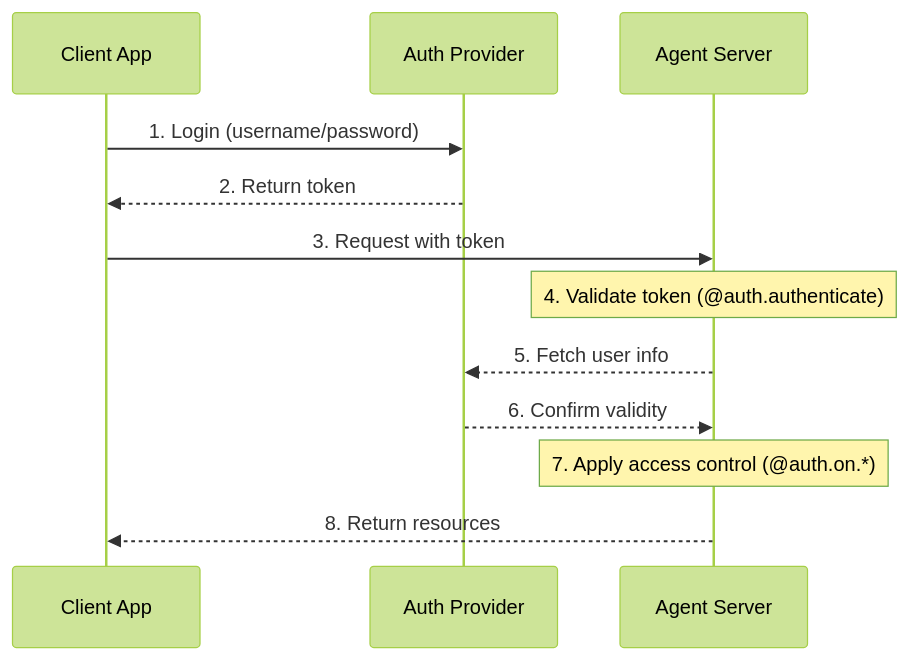
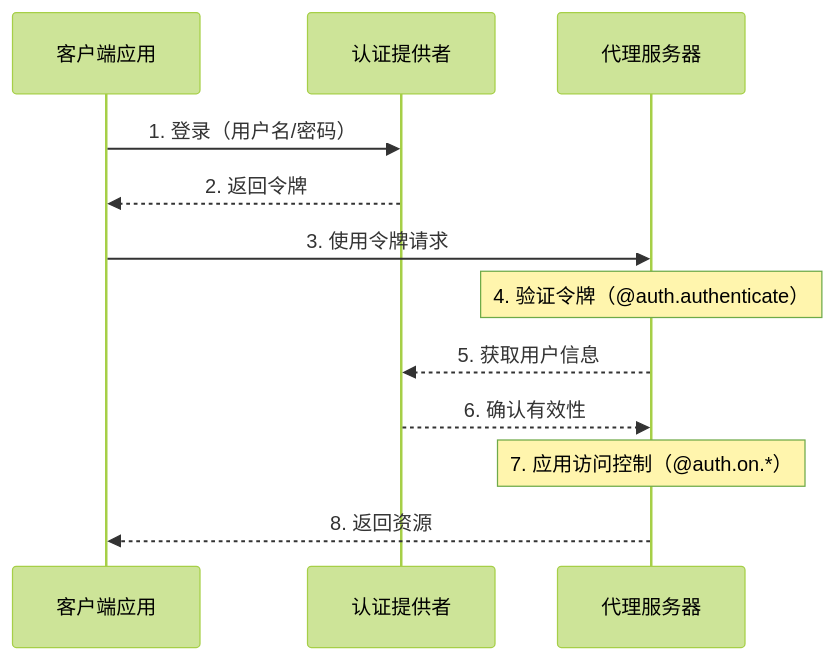
The first of 2 diagrams in langsmith/auth.mdx (kunfan96/cndocs-langchain), drawn with Mermaid (forest theme) before and after one commit. The commit also changed other lines of this file and 2498 other files, not shown here.

````diff
--- a/langsmith/auth.mdx
+++ b/langsmith/auth.mdx
@@ -63,15 +63,15 @@
 ```mermaid actions={false}
 sequenceDiagram
-    participant Client as Client App
-    participant Auth as Auth Provider
-    participant LG as Agent Server
+    participant Client as 客户端应用
+    participant Auth as 认证提供者
+    participant LG as 代理服务器
 
-    Client->>Auth: 1. Login (username/password)
-    Auth-->>Client: 2. Return token
-    Client->>LG: 3. Request with token
-    Note over LG: 4. Validate token (@auth.authenticate)
-    LG-->>Auth:  5. Fetch user info
-    Auth-->>LG: 6. Confirm validity
-    Note over LG: 7. Apply access control (@auth.on.*)
-    LG-->>Client: 8. Return resources
+    Client->>Auth: 1. 登录（用户名/密码）
+    Auth-->>Client: 2. 返回令牌
+    Client->>LG: 3. 使用令牌请求
+    Note over LG: 4. 验证令牌（@auth.authenticate）
+    LG-->>Auth:  5. 获取用户信息
+    Auth-->>LG: 6. 确认有效性
+    Note over LG: 7. 应用访问控制（@auth.on.*）
+    LG-->>Client: 8. 返回资源
 ```
````
